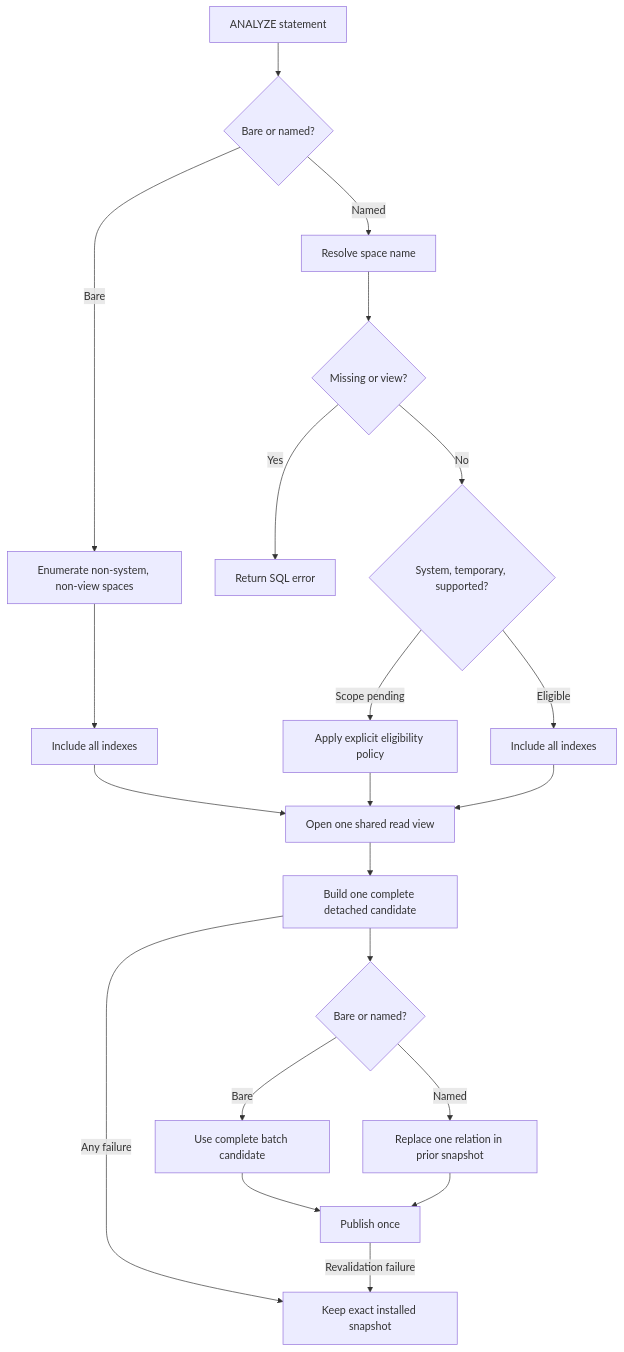
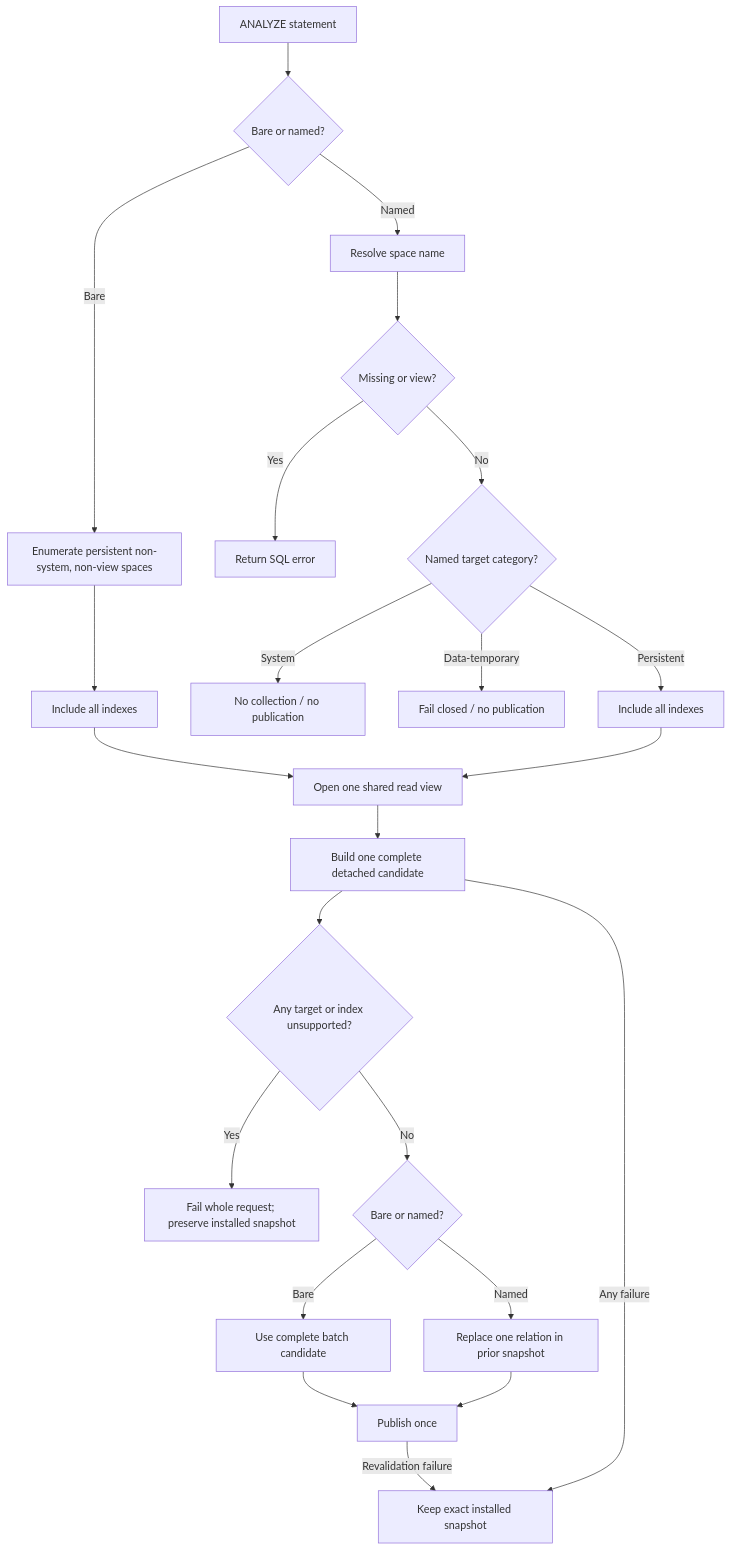
Before and after one commit to tsafin/tarantool-dsql: the second of 3 diagrams in docs/vdbe/roadmap.md, drawn with Mermaid. The commit also changed other lines of this file, not shown here.

Commit message:
docs(sql): update analyze scope roadmap gate

````diff
--- a/docs/vdbe/roadmap.md
+++ b/docs/vdbe/roadmap.md
@@ -606,23 +612,25 @@
   ```mermaid
   flowchart TD
     A[ANALYZE statement] --> B{Bare or named?}
-    B -- Bare --> C[Enumerate non-system, non-view spaces]
+    B -- Bare --> C[Enumerate persistent non-system, non-view spaces]
     C --> D[Include all indexes]
     B -- Named --> E[Resolve space name]
     E --> F{Missing or view?}
     F -- Yes --> X[Return SQL error]
-    F -- No --> G{System, temporary, supported?}
-    G -- Scope pending --> H[Apply explicit eligibility policy]
-    G -- Eligible --> I[Include all indexes]
+    F -- No --> G{Named target category?}
+    G -- System --> H[No collection / no publication]
+    G -- Data-temporary --> X2[Fail closed / no publication]
+    G -- Persistent --> I[Include all indexes]
     D --> J[Open one shared read view]
-    H --> J
     I --> J
     J --> K[Build one complete detached candidate]
-    K --> L{Bare or named?}
+    K --> Q{Any target or index unsupported?}
+    Q -- Yes --> R[Fail whole request; preserve installed snapshot]
+    Q -- No --> L{Bare or named?}
     L -- Bare --> M[Use complete batch candidate]
     L -- Named --> N[Replace one relation in prior snapshot]
     M --> O[Publish once]
     N --> O
     K -- Any failure --> P[Keep exact installed snapshot]
     O -- Revalidation failure --> P
   ```
````
